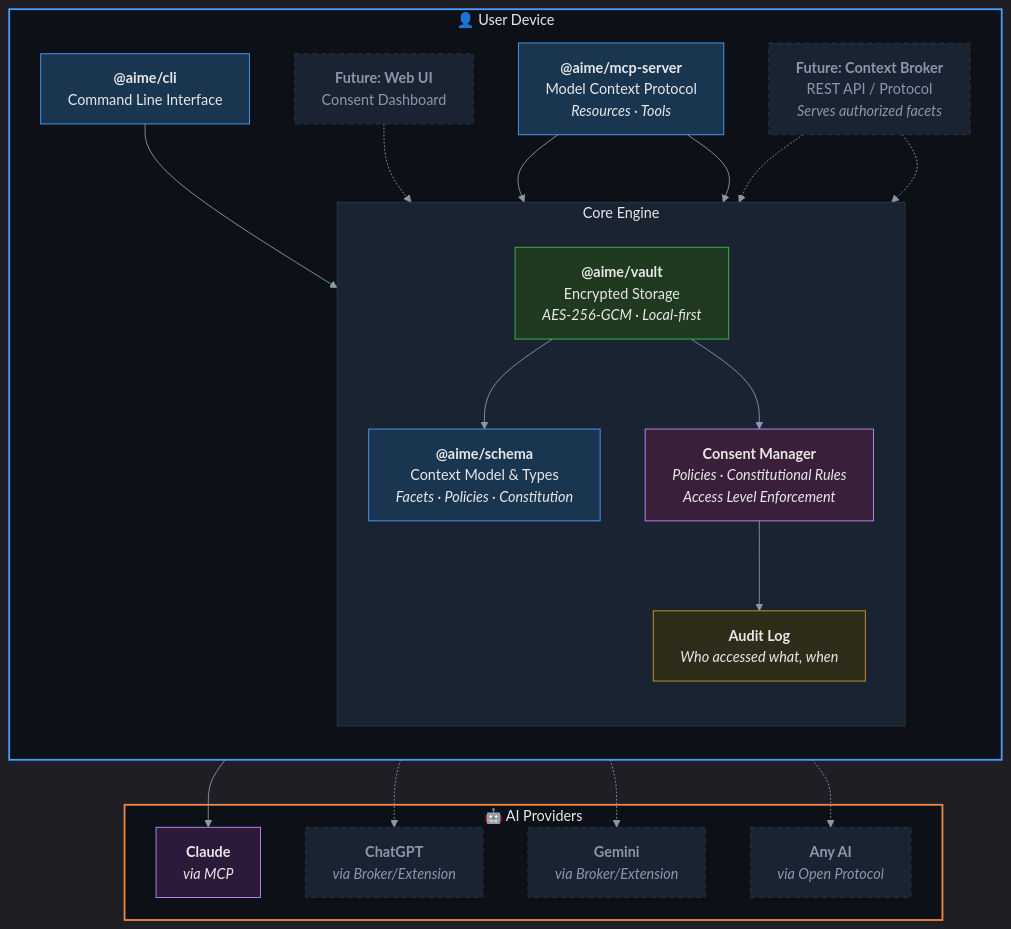
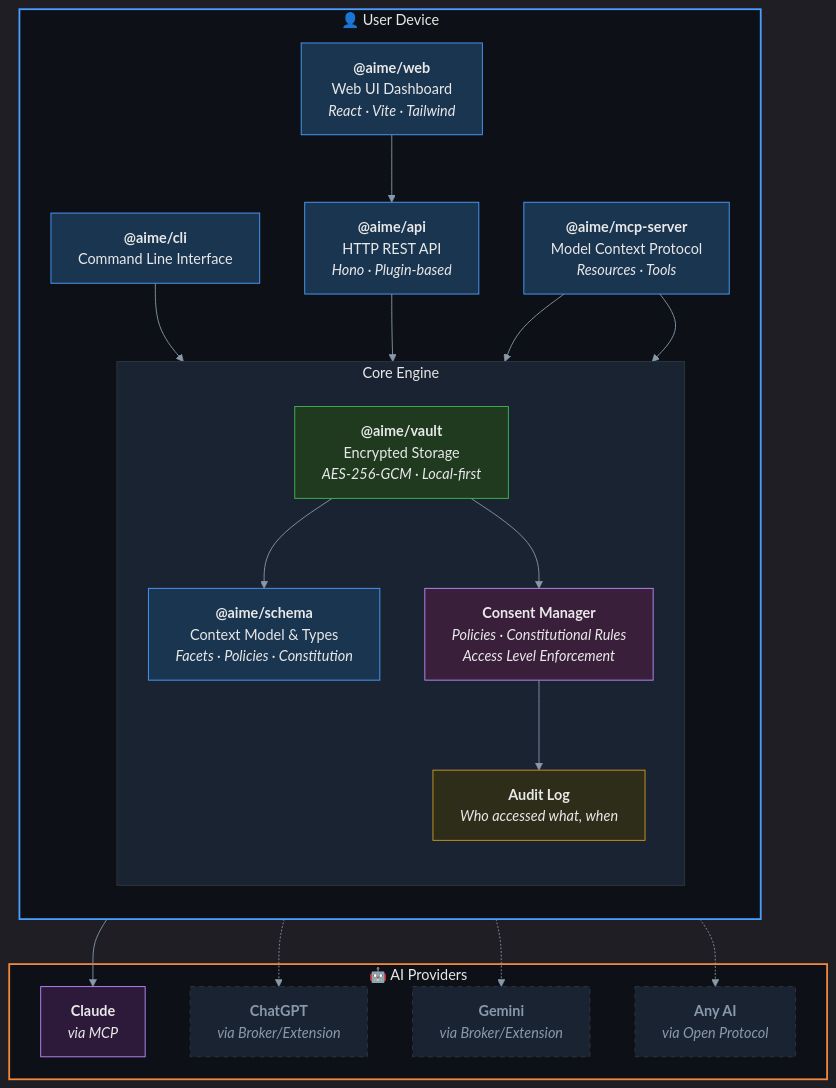
Before and after one commit to escamez/aifacet: the first of 6 diagrams in docs/design/ARCHITECTURE.md, drawn with Mermaid. The commit also changed other lines of this file and 1 other file, not shown here.

First line of the commit message:
Update architecture diagrams and add plugin development guide

````diff
--- a/docs/design/ARCHITECTURE.md
+++ b/docs/design/ARCHITECTURE.md
@@ -8,61 +8,60 @@
 ```mermaid
 %%{init: {'theme': 'dark', 'themeVariables': {'primaryColor': '#4a9eff', 'primaryTextColor': '#e8e8e8', 'primaryBorderColor': '#6bb3ff', 'lineColor': '#8899aa', 'secondaryColor': '#2d5a8a', 'tertiaryColor': '#1a3550', 'background': '#0d1117', 'mainBkg': '#161b22', 'nodeBorder': '#4a9eff', 'clusterBkg': '#161b22', 'clusterBorder': '#30363d', 'titleColor': '#e8e8e8', 'edgeLabelBackground': '#161b22', 'noteTextColor': '#e8e8e8', 'noteBkgColor': '#1a3550', 'noteBorderColor': '#4a9eff'}}}%%
 
 graph TB
     subgraph USER["👤 User Device"]
         direction TB
         CLI["<b>@aime/cli</b><br/>Command Line Interface"]
-        UI["<b>Future: Web UI</b><br/>Consent Dashboard"]
+        WEB["<b>@aime/web</b><br/>Web UI Dashboard<br/><i>React · Vite · Tailwind</i>"]
 
         subgraph CORE["Core Engine"]
             direction TB
             SCHEMA["<b>@aime/schema</b><br/>Context Model &amp; Types<br/><i>Facets · Policies · Constitution</i>"]
             VAULT["<b>@aime/vault</b><br/>Encrypted Storage<br/><i>AES-256-GCM · Local-first</i>"]
             CONSENT["<b>Consent Manager</b><br/><i>Policies · Constitutional Rules</i><br/><i>Access Level Enforcement</i>"]
             AUDIT["<b>Audit Log</b><br/><i>Who accessed what, when</i>"]
         end
 
+        API["<b>@aime/api</b><br/>HTTP REST API<br/><i>Hono · Plugin-based</i>"]
         MCP["<b>@aime/mcp-server</b><br/>Model Context Protocol<br/><i>Resources · Tools</i>"]
-        BROKER["<b>Future: Context Broker</b><br/>REST API / Protocol<br/><i>Serves authorized facets</i>"]
     end
 
     subgraph PROVIDERS["🤖 AI Providers"]
         CLAUDE["<b>Claude</b><br/><i>via MCP</i>"]
         GPT["<b>ChatGPT</b><br/><i>via Broker/Extension</i>"]
         GEMINI["<b>Gemini</b><br/><i>via Broker/Extension</i>"]
         OTHER["<b>Any AI</b><br/><i>via Open Protocol</i>"]
     end
 
     CLI --> VAULT
-    UI -.-> VAULT
+    WEB --> API
+    API --> VAULT
     VAULT --> SCHEMA
     VAULT --> CONSENT
     CONSENT --> AUDIT
     MCP --> VAULT
     MCP --> CONSENT
-    BROKER -.-> VAULT
-    BROKER -.-> CONSENT
 
     MCP --> CLAUDE
-    BROKER -.-> GPT
-    BROKER -.-> GEMINI
-    BROKER -.-> OTHER
+    API -.-> GPT
+    API -.-> GEMINI
+    API -.-> OTHER
 
     style USER fill:#0d1117,stroke:#4a9eff,stroke-width:2px,color:#e8e8e8
     style CORE fill:#1a2332,stroke:#30363d,stroke-width:1px,color:#e8e8e8
     style PROVIDERS fill:#0d1117,stroke:#f0883e,stroke-width:2px,color:#e8e8e8
 
     style CLI fill:#1a3550,stroke:#4a9eff,color:#e8e8e8
-    style UI fill:#1a2332,stroke:#30363d,stroke-dasharray:5 5,color:#8899aa
+    style WEB fill:#1a3550,stroke:#4a9eff,color:#e8e8e8
     style SCHEMA fill:#1a3550,stroke:#4a9eff,color:#e8e8e8
     style VAULT fill:#1f3a1f,stroke:#3fb950,color:#e8e8e8
     style CONSENT fill:#3a1f3a,stroke:#bc8cff,color:#e8e8e8
     style AUDIT fill:#2d2d1a,stroke:#d29922,color:#e8e8e8
+    style API fill:#1a3550,stroke:#4a9eff,color:#e8e8e8
     style MCP fill:#1a3550,stroke:#4a9eff,color:#e8e8e8
-    style BROKER fill:#1a2332,stroke:#30363d,stroke-dasharray:5 5,color:#8899aa
 
     style CLAUDE fill:#2d1a3a,stroke:#bc8cff,color:#e8e8e8
     style GPT fill:#1a2332,stroke:#30363d,stroke-dasharray:5 5,color:#8899aa
     style GEMINI fill:#1a2332,stroke:#30363d,stroke-dasharray:5 5,color:#8899aa
     style OTHER fill:#1a2332,stroke:#30363d,stroke-dasharray:5 5,color:#8899aa
 ```
````
